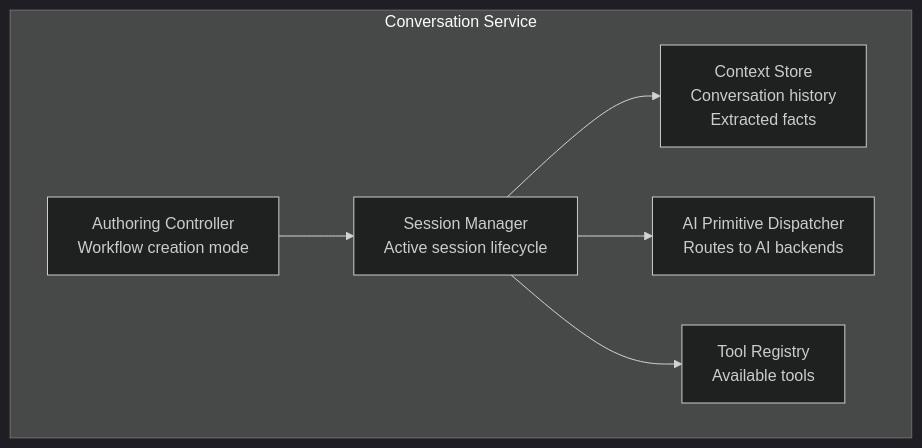
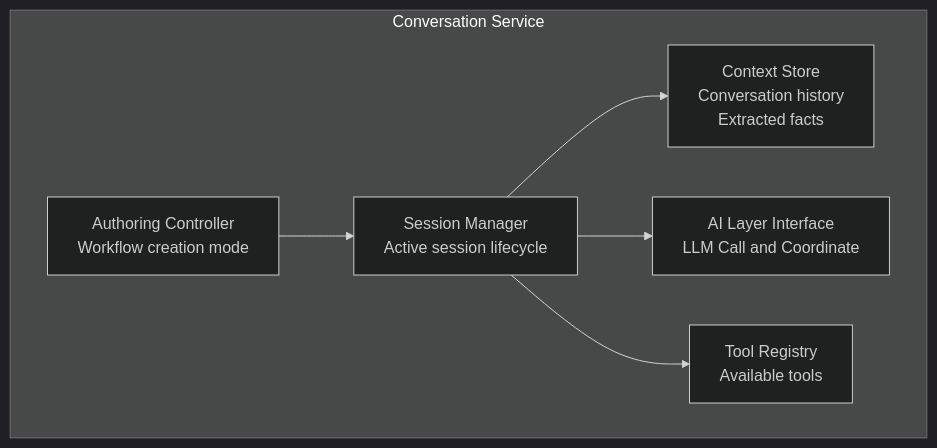
Before and after one commit to Technosorcery/silver-telegram: the fourth of 7 diagrams in docs/architecture/ARCHITECTURE.md, drawn with Mermaid (dark theme). The commit also changed other lines of this file, not shown here.

````diff
--- a/docs/architecture/ARCHITECTURE.md
+++ b/docs/architecture/ARCHITECTURE.md
@@ -205,19 +205,19 @@
 ```mermaid
 flowchart TB
     subgraph Conversation Service
         SM[Session Manager<br/>Active session lifecycle]
 
         CS[Context Store<br/>Conversation history<br/>Extracted facts]
 
-        AI[AI Primitive Dispatcher<br/>Routes to AI backends]
+        AI[AI Layer Interface<br/>LLM Call and Coordinate]
 
         TR[Tool Registry<br/>Available tools]
 
         AC[Authoring Controller<br/>Workflow creation mode]
     end
 
     SM --> CS
     SM --> AI
     SM --> TR
     AC --> SM
 ```
````
